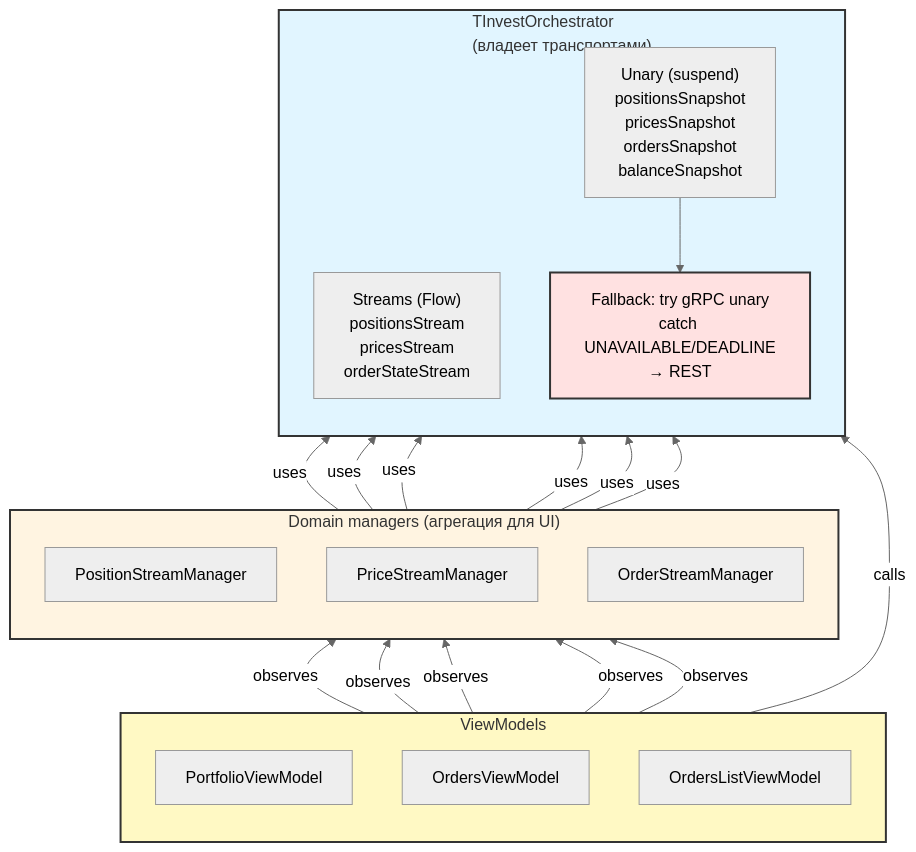
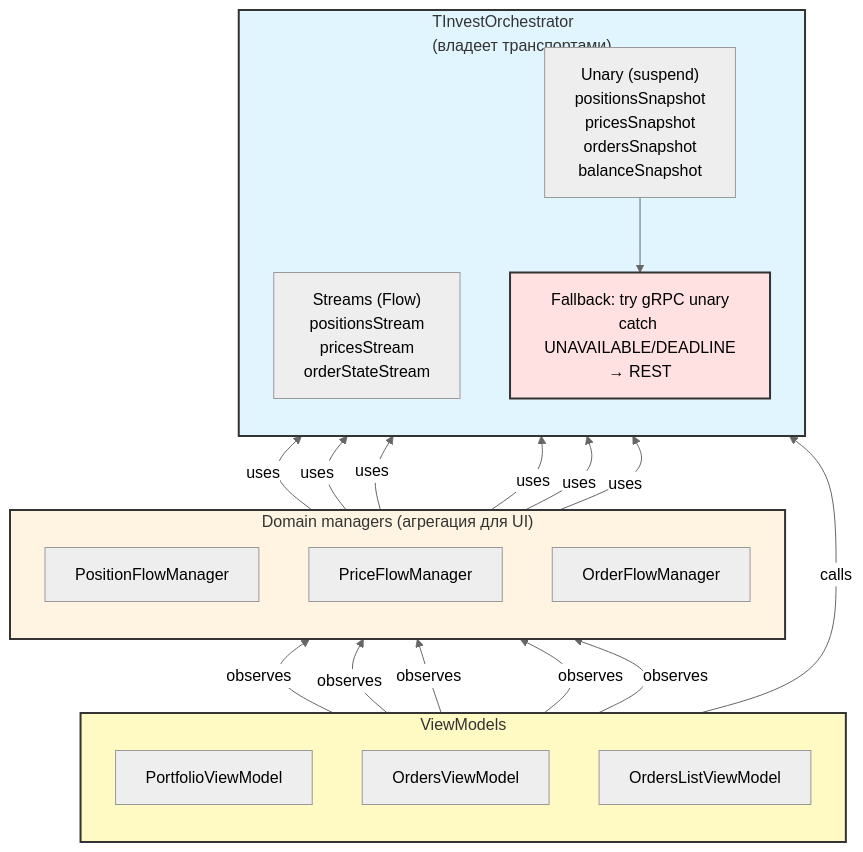
One commit to biomorf/TScalp changed the diagram in docs/ROADMAP.md. Above: the diagram before and after it, drawn with Mermaid (neutral theme). The commit also changed other lines of this file and 2 other files, not shown here.

First line of the commit message:
docs: update remaining StreamManager references to FlowManager

````diff
--- a/docs/ROADMAP.md
+++ b/docs/ROADMAP.md
@@ -753,43 +753,43 @@
 ```mermaid
 flowchart BT
     subgraph VM["ViewModels"]
         direction TB
         V1["PortfolioViewModel"]
         V2["OrdersViewModel"]
         V3["OrdersListViewModel"]
     end
 
     subgraph Managers["Domain managers (агрегация для UI)"]
         direction TB
-        M1["PositionStreamManager"]
-        M2["PriceStreamManager"]
-        M3["OrderStreamManager"]
+        M1["PositionFlowManager"]
+        M2["PriceFlowManager"]
+        M3["OrderFlowManager"]
     end
 
     subgraph Orchestrator["TInvestOrchestrator<br/>(владеет транспортами)"]
         direction TB
         S["Streams (Flow)<br/>positionsStream<br/>pricesStream<br/>orderStateStream"]
         U["Unary (suspend)<br/>positionsSnapshot<br/>pricesSnapshot<br/>ordersSnapshot<br/>balanceSnapshot"]
         F["Fallback: try gRPC unary<br/>catch UNAVAILABLE/DEADLINE<br/>→ REST"]
         U --> F
     end
 
     V1 -->|observes| M1
     V1 -->|observes| M2
     V2 -->|observes| M2
     V2 -->|calls| U
     V3 -->|observes| M2
     V3 -->|observes| M3
 
     M1 -->|uses| S
     M1 -->|uses| U
     M2 -->|uses| S
     M2 -->|uses| U
     M3 -->|uses| S
     M3 -->|uses| U
 
     style Orchestrator fill:#e1f5ff,stroke:#333,stroke-width:2px
     style Managers fill:#fff4e1,stroke:#333,stroke-width:2px
     style VM fill:#fff9c4,stroke:#333,stroke-width:2px
     style F fill:#ffe1e1,stroke:#333,stroke-width:2px
 ```
````
